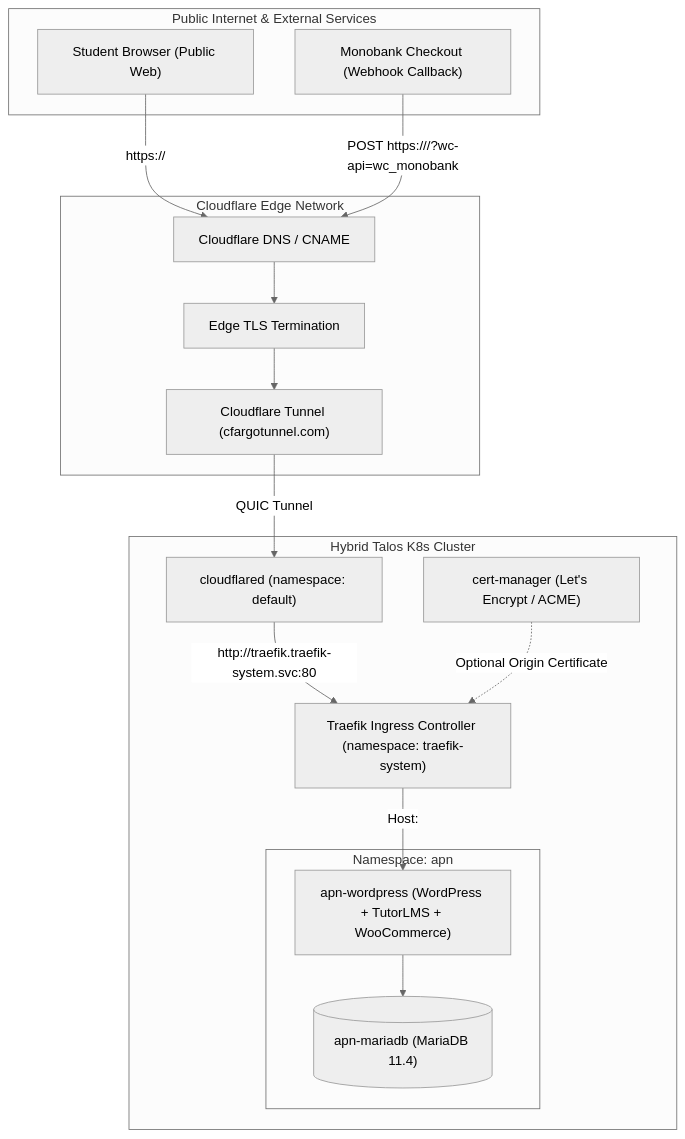
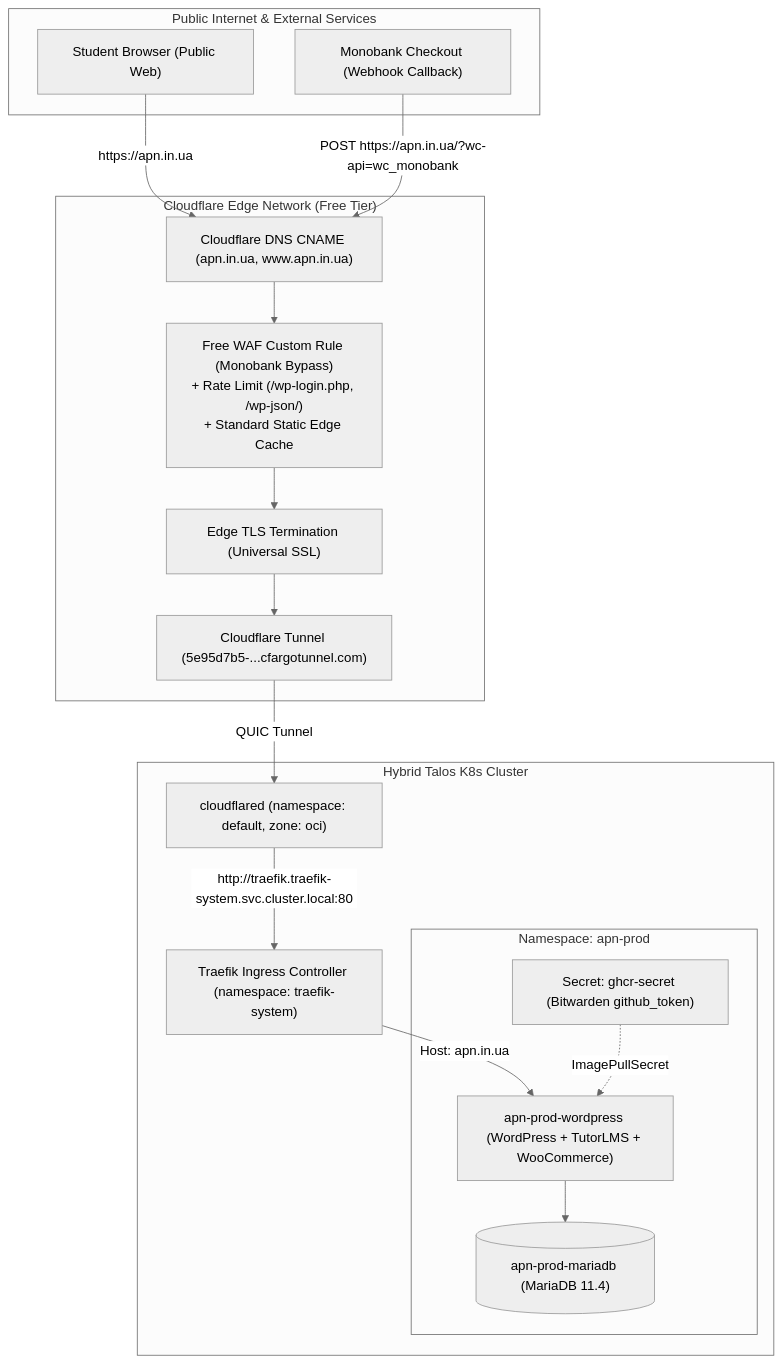
Before and after one commit to reidMaks/test: the diagram in docs/architecture/025-apn-public-ingress-and-dns.md, drawn with Mermaid (neutral theme). The commit also changed other lines of this file and 2 other files, not shown here.

Commit message:
feat(cloudflare): configure apn.in.ua DNS, tunnel routing, free WAF/rate-limit, and apn-prod ghcr-secret (IAAC-1, IAAC-6)

````diff
--- a/docs/architecture/025-apn-public-ingress-and-dns.md
+++ b/docs/architecture/025-apn-public-ingress-and-dns.md
@@ -20,35 +20,37 @@
 ```mermaid
 flowchart TD
     subgraph ExternalClients["Public Internet & External Services"]
         Student["Student Browser (Public Web)"]
         Monobank["Monobank Checkout (Webhook Callback)"]
     end
 
-    subgraph CloudflareEdge["Cloudflare Edge Network"]
-        CFDNS["Cloudflare DNS / CNAME"]
-        CFSSL["Edge TLS Termination"]
-        CFTunnel["Cloudflare Tunnel (cfargotunnel.com)"]
+    subgraph CloudflareEdge["Cloudflare Edge Network (Free Tier)"]
+        CFDNS["Cloudflare DNS CNAME (apn.in.ua, www.apn.in.ua)"]
+        CFWAF["Free WAF Custom Rule (Monobank Bypass)<br/>+ Rate Limit (/wp-login.php, /wp-json/)<br/>+ Standard Static Edge Cache"]
+        CFSSL["Edge TLS Termination (Universal SSL)"]
+        CFTunnel["Cloudflare Tunnel (5e95d7b5-...cfargotunnel.com)"]
     end
 
     subgraph HybridCluster["Hybrid Talos K8s Cluster"]
-        Cloudflared["cloudflared (namespace: default)"]
+        Cloudflared["cloudflared (namespace: default, zone: oci)"]
         Traefik["Traefik Ingress Controller (namespace: traefik-system)"]
-        CertManager["cert-manager (Let's Encrypt / ACME)"]
 
-        subgraph APN_NS["Namespace: apn"]
-            WP["apn-wordpress (WordPress + TutorLMS + WooCommerce)"]
-            DB[("apn-mariadb (MariaDB 11.4)")]
+        subgraph APN_Prod_NS["Namespace: apn-prod"]
+            WP["apn-prod-wordpress (WordPress + TutorLMS + WooCommerce)"]
+            DB[("apn-prod-mariadb (MariaDB 11.4)")]
+            GHCR["Secret: ghcr-secret (Bitwarden github_token)"]
         end
     end
 
-    Student -->|https://<production-domain>| CFDNS
-    Monobank -->|POST https://<production-domain>/?wc-api=wc_monobank| CFDNS
+    Student -->|https://apn.in.ua| CFDNS
+    Monobank -->|POST https://apn.in.ua/?wc-api=wc_monobank| CFDNS
 
-    CFDNS --> CFSSL
+    CFDNS --> CFWAF
+    CFWAF --> CFSSL
     CFSSL --> CFTunnel
     CFTunnel -->|QUIC Tunnel| Cloudflared
-    Cloudflared -->|http://traefik.traefik-system.svc:80| Traefik
-    Traefik -->|Host: <production-domain>| WP
+    Cloudflared -->|http://traefik.traefik-system.svc.cluster.local:80| Traefik
+    Traefik -->|Host: apn.in.ua| WP
     WP --> DB
-    CertManager -.->|Optional Origin Certificate| Traefik
+    GHCR -.->|ImagePullSecret| WP
 ```
````
